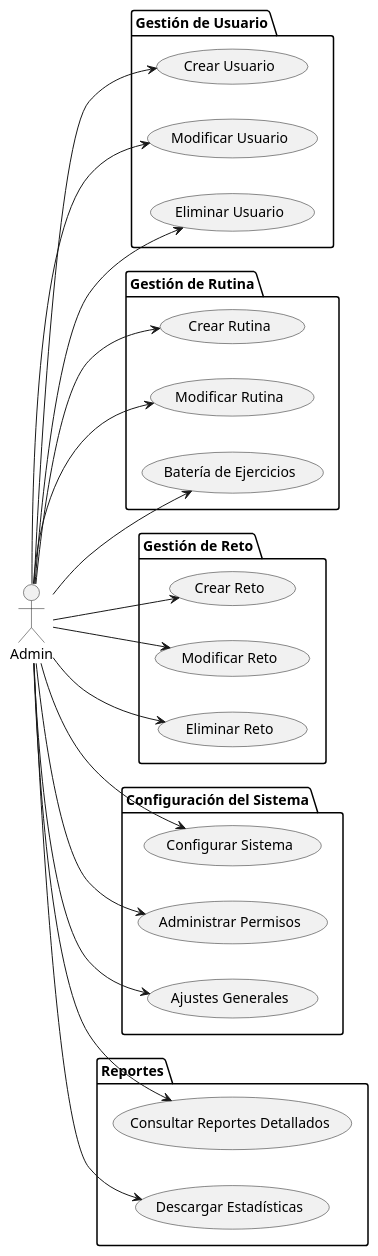
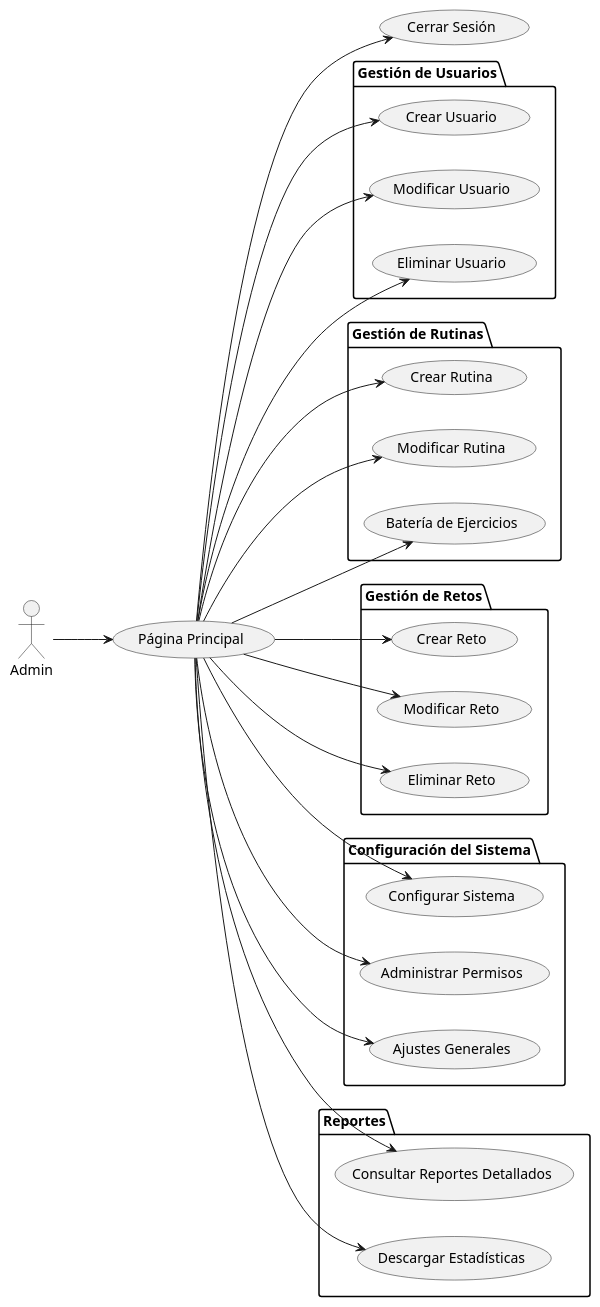
The diagram in Documentos/CasosUso/CdU_Admin.puml (mmasias/24-25-IdSw1-SDR), drawn with PlantUML before and after one commit.

```diff
--- a/Documentos/CasosUso/CdU_Admin.puml
+++ b/Documentos/CasosUso/CdU_Admin.puml
@@ -1,54 +1,55 @@
 @startuml
 left to right direction
 
 actor Admin
 
-package "Gestión de Usuario" {
+package "Gestión de Usuarios" {
     usecase "Crear Usuario" as CrearUsuario
     usecase "Modificar Usuario" as ModificarUsuario
     usecase "Eliminar Usuario" as EliminarUsuario
 }
 
-package "Gestión de Rutina" {
+package "Gestión de Rutinas" {
     usecase "Crear Rutina" as CrearRutina
     usecase "Modificar Rutina" as ModificarRutina
     usecase "Batería de Ejercicios" as BateriaEjercicios
 }
 
-package "Gestión de Reto" {
+package "Gestión de Retos" {
     usecase "Crear Reto" as CrearReto
     usecase "Modificar Reto" as ModificarReto
     usecase "Eliminar Reto" as EliminarReto
 }
 
 package "Configuración del Sistema" {
     usecase "Configurar Sistema" as ConfigurarSistema
     usecase "Administrar Permisos" as AdministrarPermisos
     usecase "Ajustes Generales" as AjustesGenerales
 }
 
 package "Reportes" {
     usecase "Consultar Reportes Detallados" as ConsultarReportes
     usecase "Descargar Estadísticas" as DescargarEstadisticas
 }
 
-Admin --> CrearUsuario
-Admin --> ModificarUsuario
-Admin --> EliminarUsuario
+usecase "Página Principal" as PaginaPrincipal
+usecase "Cerrar Sesión" as CerrarSesion
 
-Admin --> CrearRutina
-Admin --> ModificarRutina
-Admin --> BateriaEjercicios
-
-Admin --> CrearReto
-Admin --> ModificarReto
-Admin --> EliminarReto
-
-Admin --> ConfigurarSistema
-Admin --> AdministrarPermisos
-Admin --> AjustesGenerales
-
-Admin --> ConsultarReportes
-Admin --> DescargarEstadisticas
+Admin --> PaginaPrincipal
+PaginaPrincipal --> CrearUsuario
+PaginaPrincipal --> ModificarUsuario
+PaginaPrincipal --> EliminarUsuario
+PaginaPrincipal --> CrearRutina
+PaginaPrincipal --> ModificarRutina
+PaginaPrincipal --> BateriaEjercicios
+PaginaPrincipal --> CrearReto
+PaginaPrincipal --> ModificarReto
+PaginaPrincipal --> EliminarReto
+PaginaPrincipal --> ConfigurarSistema
+PaginaPrincipal --> AdministrarPermisos
+PaginaPrincipal --> AjustesGenerales
+PaginaPrincipal --> ConsultarReportes
+PaginaPrincipal --> DescargarEstadisticas
+PaginaPrincipal --> CerrarSesion
 
 @enduml
```
